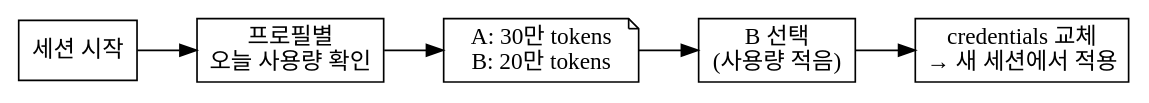
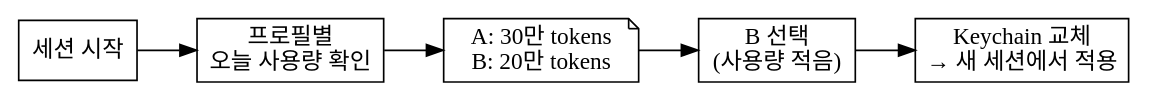
The diagram in SKILL.md (wowoyong/claude-multi-account), drawn with Graphviz before and after one commit. The commit also changed other lines of this file and 2 other files, not shown here.

First line of the commit message:
fix: macOS Keychain integration + correct OAuth refresh endpoint

````diff
--- a/SKILL.md
+++ b/SKILL.md
@@ -43,12 +43,12 @@
 ```dot
 digraph balance {
   rankdir=LR;
   node [shape=box];
   start [label="세션 시작"];
   check [label="프로필별\n오늘 사용량 확인"];
   compare [label="A: 30만 tokens\nB: 20만 tokens" shape=note];
   select [label="B 선택\n(사용량 적음)"];
-  apply [label="credentials 교체\n→ 새 세션에서 적용"];
+  apply [label="Keychain 교체\n→ 새 세션에서 적용"];
   start -> check -> compare -> select -> apply;
 }
 ```
````
